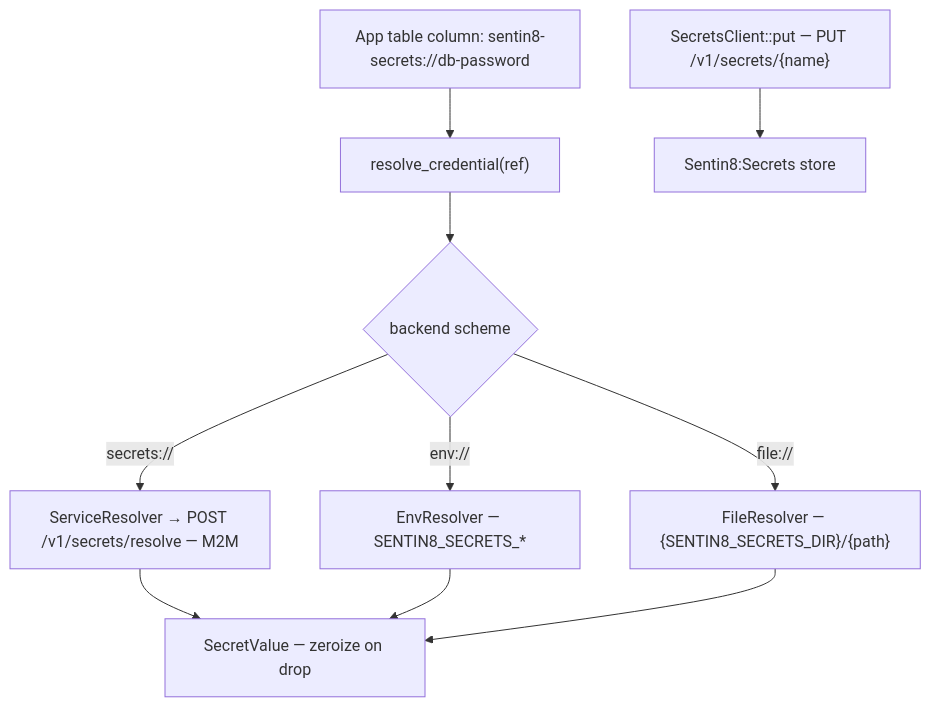
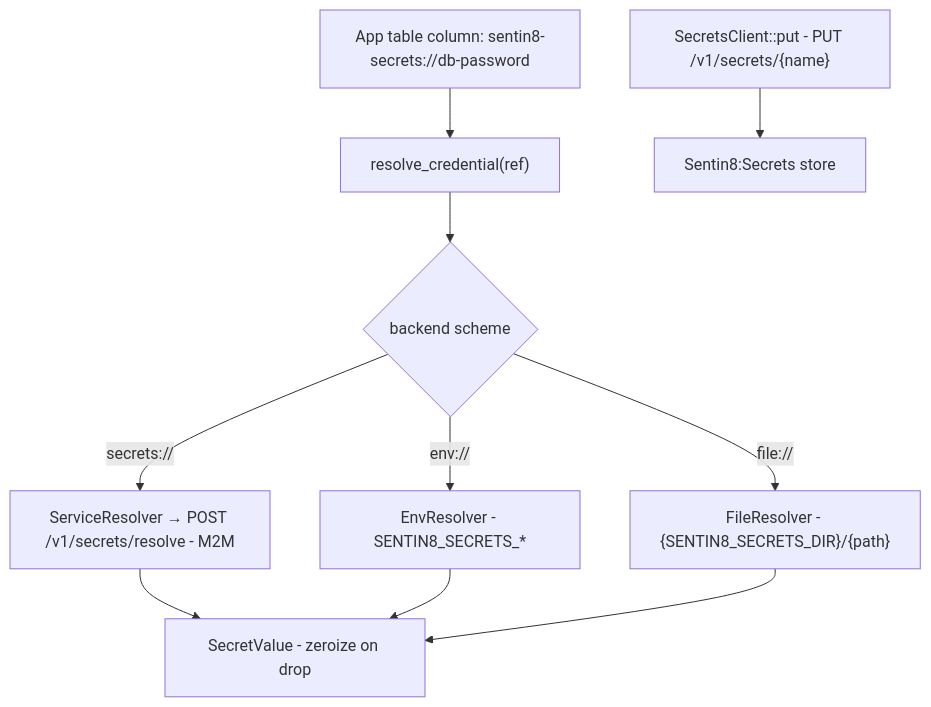
The diagram in sdk/crates/secrets/README.md (Sentin8/sentin8-secrets), drawn with Mermaid before and after one commit. The commit also changed other lines of this file and 27 other files, not shown here.

````diff
--- a/sdk/crates/secrets/README.md
+++ b/sdk/crates/secrets/README.md
@@ -27,12 +27,12 @@
 ```mermaid
 graph TD
     A[App table column: sentin8-secrets://db-password] --> B["resolve_credential(ref)"]
     B --> C{backend scheme}
-    C -->|secrets://| D[ServiceResolver → POST /v1/secrets/resolve — M2M]
-    C -->|env://| E[EnvResolver — SENTIN8_SECRETS_*]
-    C -->|file://| F["FileResolver — {SENTIN8_SECRETS_DIR}/{path}"]
-    D --> G[SecretValue — zeroize on drop]
+    C -->|secrets://| D[ServiceResolver → POST /v1/secrets/resolve - M2M]
+    C -->|env://| E[EnvResolver - SENTIN8_SECRETS_*]
+    C -->|file://| F["FileResolver - {SENTIN8_SECRETS_DIR}/{path}"]
+    D --> G[SecretValue - zeroize on drop]
     E --> G
     F --> G
-    H["SecretsClient::put — PUT /v1/secrets/{name}"] --> I[Sentin8:Secrets store]
+    H["SecretsClient::put - PUT /v1/secrets/{name}"] --> I[Sentin8:Secrets store]
 ```
````
